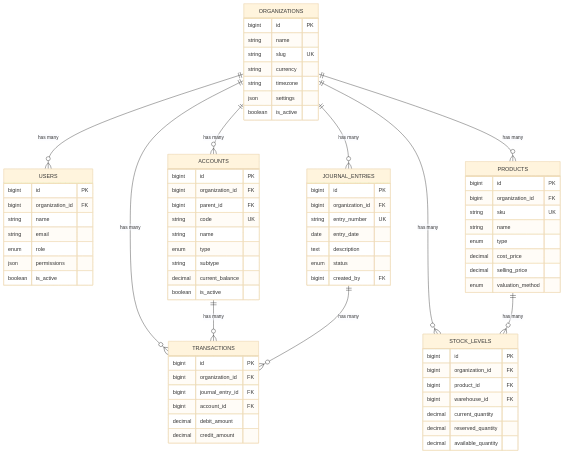
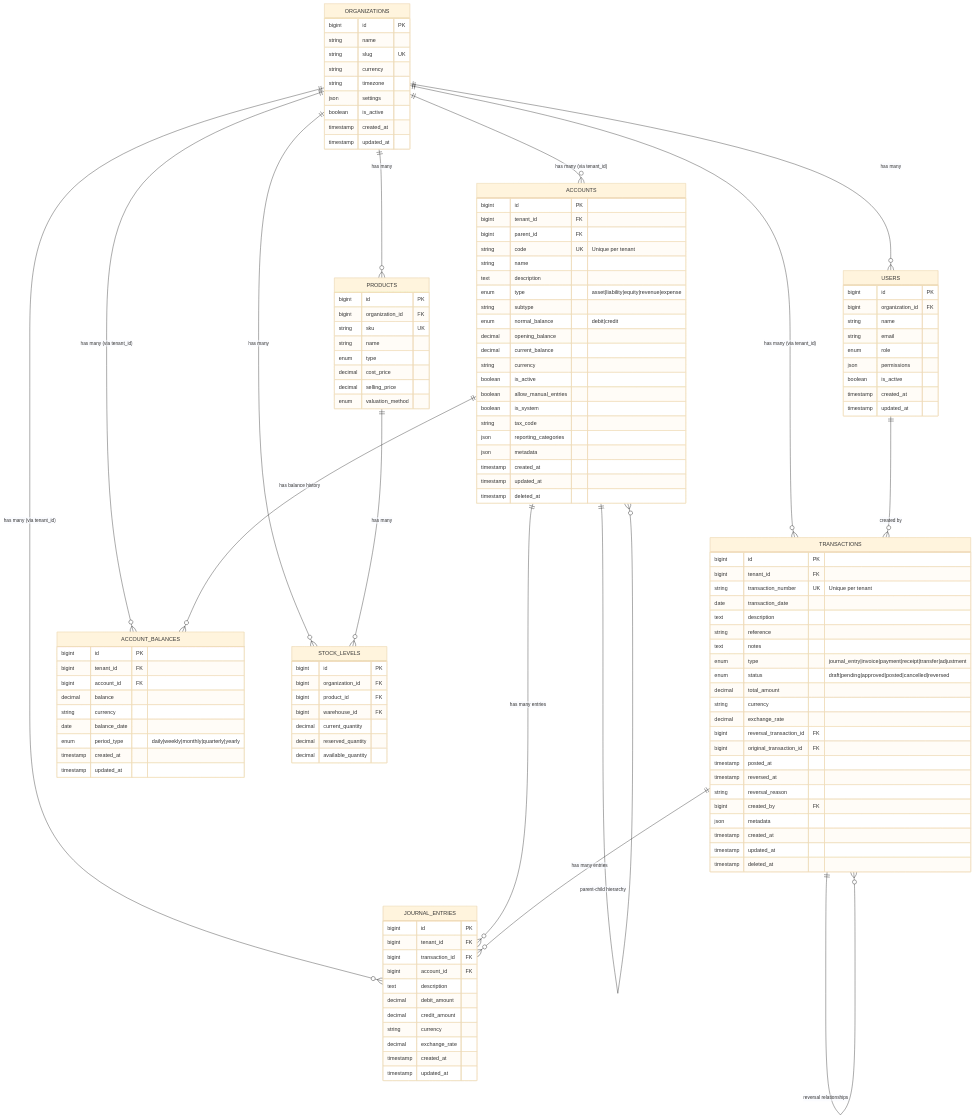
One commit to abdoElHodaky/larvaccountplatfo changed the fifth of 7 diagrams in README.md. Above: the diagram before and after it, drawn with Mermaid (base theme). The commit also changed other lines of this file, not shown here.

First line of the commit message:
📊 Update README Diagrams for Complete Accounting System

````diff
--- a/README.md
+++ b/README.md
@@ -670,6 +769,8 @@
         string timezone
         json settings
         boolean is_active
+        timestamp created_at
+        timestamp updated_at
     }
 
     USERS {
@@ -680,37 +781,83 @@
         enum role
         json permissions
         boolean is_active
+        timestamp created_at
+        timestamp updated_at
     }
 
     ACCOUNTS {
         bigint id PK
-        bigint organization_id FK
+        bigint tenant_id FK
         bigint parent_id FK
-        string code UK
+        string code UK "Unique per tenant"
         string name
-        enum type
+        text description
+        enum type "asset|liability|equity|revenue|expense"
         string subtype
+        enum normal_balance "debit|credit"
+        decimal opening_balance
         decimal current_balance
+        string currency
         boolean is_active
+        boolean allow_manual_entries
+        boolean is_system
+        string tax_code
+        json reporting_categories
+        json metadata
+        timestamp created_at
+        timestamp updated_at
+        timestamp deleted_at
+    }
+
+    TRANSACTIONS {
+        bigint id PK
+        bigint tenant_id FK
+        string transaction_number UK "Unique per tenant"
+        date transaction_date
+        text description
+        string reference
+        text notes
+        enum type "journal_entry|invoice|payment|receipt|transfer|adjustment"
+        enum status "draft|pending|approved|posted|cancelled|reversed"
+        decimal total_amount
+        string currency
+        decimal exchange_rate
+        bigint reversal_transaction_id FK
+        bigint original_transaction_id FK
+        timestamp posted_at
+        timestamp reversed_at
+        string reversal_reason
+        bigint created_by FK
+        json metadata
+        timestamp created_at
+        timestamp updated_at
+        timestamp deleted_at
     }
 
     JOURNAL_ENTRIES {
         bigint id PK
-        bigint organization_id FK
-        string entry_number UK
-        date entry_date
+        bigint tenant_id FK
+        bigint transaction_id FK
+        bigint account_id FK
         text description
-        enum status
-        bigint created_by FK
+        decimal debit_amount
+        decimal credit_amount
+        string currency
+        decimal exchange_rate
+        timestamp created_at
+        timestamp updated_at
     }
 
-    TRANSACTIONS {
+    ACCOUNT_BALANCES {
         bigint id PK
-        bigint organization_id FK
-        bigint journal_entry_id FK
+        bigint tenant_id FK
         bigint account_id FK
-        decimal debit_amount
-        decimal credit_amount
+        decimal balance
+        string currency
+        date balance_date
+        enum period_type "daily|weekly|monthly|quarterly|yearly"
+        timestamp created_at
+        timestamp updated_at
     }
 
     PRODUCTS {
@@ -734,13 +881,25 @@
         decimal available_quantity
     }
 
+    %% Core Relationships
     ORGANIZATIONS ||--o{ USERS : "has many"
-    ORGANIZATIONS ||--o{ ACCOUNTS : "has many"
-    ORGANIZATIONS ||--o{ JOURNAL_ENTRIES : "has many"
-    ORGANIZATIONS ||--o{ TRANSACTIONS : "has many"
+    ORGANIZATIONS ||--o{ ACCOUNTS : "has many (via tenant_id)"
+    ORGANIZATIONS ||--o{ TRANSACTIONS : "has many (via tenant_id)"
+    ORGANIZATIONS ||--o{ JOURNAL_ENTRIES : "has many (via tenant_id)"
+    ORGANIZATIONS ||--o{ ACCOUNT_BALANCES : "has many (via tenant_id)"
+    
+    %% Account Relationships
+    ACCOUNTS ||--o{ ACCOUNTS : "parent-child hierarchy"
+    ACCOUNTS ||--o{ JOURNAL_ENTRIES : "has many entries"
+    ACCOUNTS ||--o{ ACCOUNT_BALANCES : "has balance history"
+    
+    %% Transaction Relationships
+    TRANSACTIONS ||--o{ JOURNAL_ENTRIES : "has many entries"
+    TRANSACTIONS ||--o{ TRANSACTIONS : "reversal relationships"
+    USERS ||--o{ TRANSACTIONS : "created by"
+    
+    %% Inventory Relationships (existing)
     ORGANIZATIONS ||--o{ PRODUCTS : "has many"
     ORGANIZATIONS ||--o{ STOCK_LEVELS : "has many"
-    ACCOUNTS ||--o{ TRANSACTIONS : "has many"
-    JOURNAL_ENTRIES ||--o{ TRANSACTIONS : "has many"
     PRODUCTS ||--o{ STOCK_LEVELS : "has many"
 ```
````
